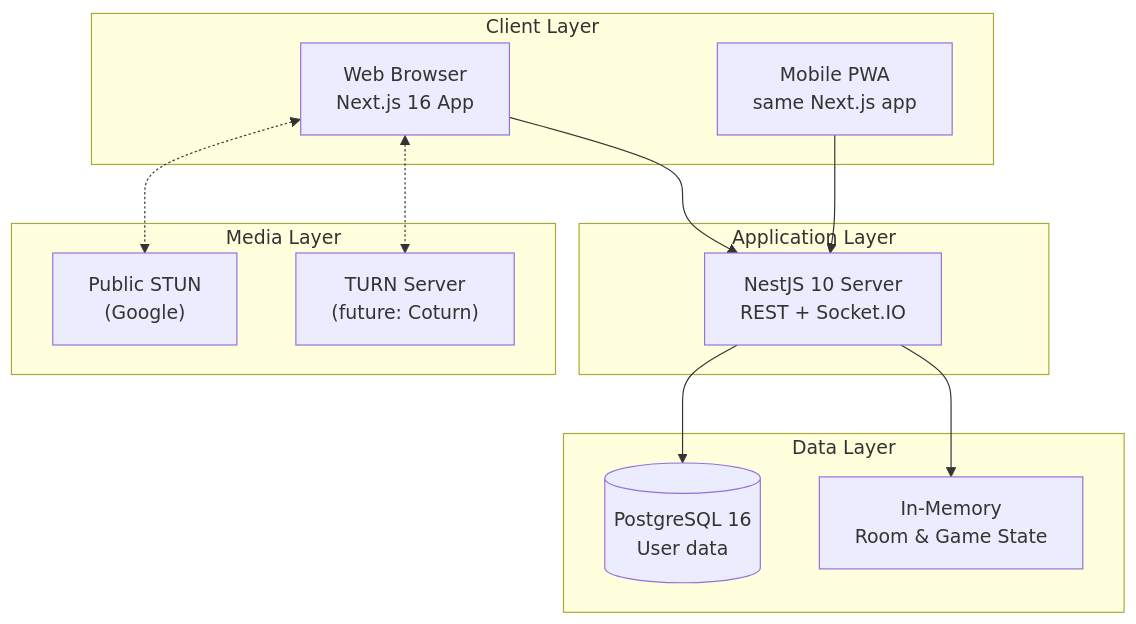
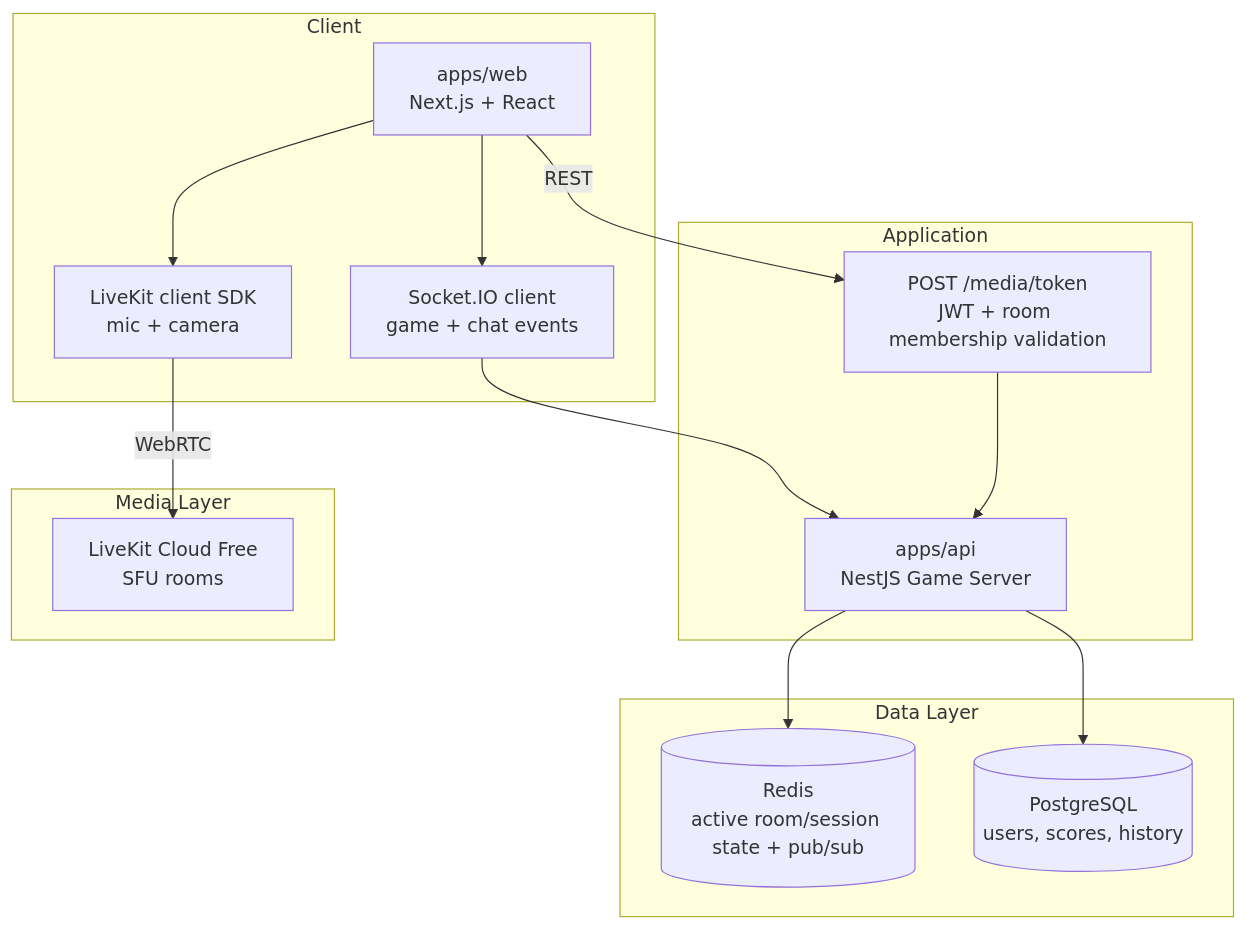
Before and after one commit to longuit2002-blip/spicy-sweet-game: the diagram in docs/technical-design/sweet-spicy-game/tdd.md, drawn with Mermaid. The commit also changed other lines of this file and 64 other files, not shown here.

````diff
--- a/docs/technical-design/sweet-spicy-game/tdd.md
+++ b/docs/technical-design/sweet-spicy-game/tdd.md
@@ -29,28 +13,31 @@
 ```mermaid
 graph TB
-    subgraph "Client Layer"
-        Web[Web Browser<br/>Next.js 16 App]
-        Mobile[Mobile PWA<br/>same Next.js app]
+    subgraph "Client"
+        Web[apps/web<br/>Next.js + React]
+        Socket[Socket.IO client<br/>game + chat events]
+        LKSDK[LiveKit client SDK<br/>mic + camera]
     end
 
-    subgraph "Application Layer"
-        API[NestJS 10 Server<br/>REST + Socket.IO]
+    subgraph "Application"
+        API[apps/api<br/>NestJS Game Server]
+        MediaAPI[POST /media/token<br/>JWT + room membership validation]
     end
 
     subgraph "Media Layer"
-        STUN["Public STUN<br/>(Google)"]
-        TURN["TURN Server<br/>(future: Coturn)"]
+        LKCloud[LiveKit Cloud Free<br/>SFU rooms]
     end
 
     subgraph "Data Layer"
-        DB[(PostgreSQL 16<br/>User data)]
-        Memory["In-Memory<br/>Room & Game State"]
+        Redis[(Redis<br/>active room/session state + pub/sub)]
+        PG[(PostgreSQL<br/>users, scores, history)]
     end
 
-    Web --> API
-    Mobile --> API
-    API --> DB
-    API --> Memory
-    Web <-.-> STUN
-    Web <-.-> TURN
+    Web --> Socket
+    Socket --> API
+    Web --> LKSDK
+    LKSDK -->|WebRTC| LKCloud
+    Web -->|REST| MediaAPI
+    MediaAPI --> API
+    API --> Redis
+    API --> PG
 ```
````
